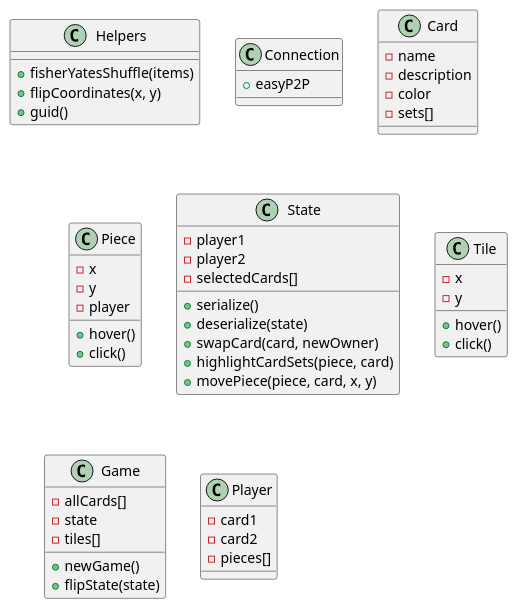
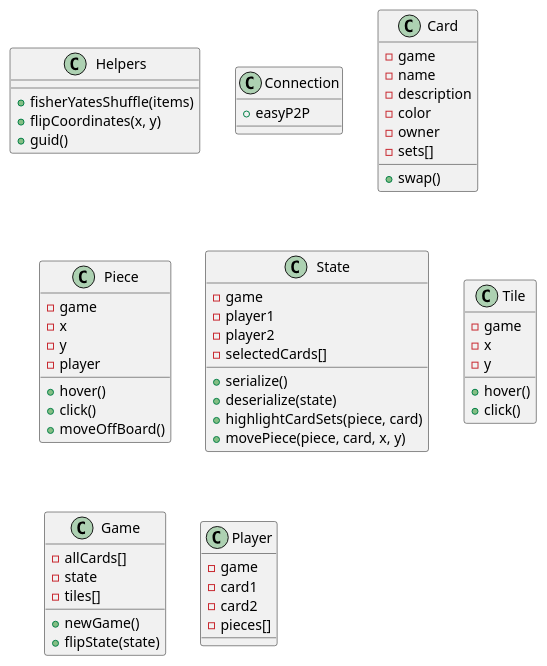
Before and after one commit to danielbeeke/onitama: the diagram in _uml/Onitama.puml, drawn with PlantUML. The commit also changed 11 other files, not shown here.

```diff
--- a/_uml/Onitama.puml
+++ b/_uml/Onitama.puml
@@ -1,60 +1,67 @@
 @startuml
 
 class Helpers {
 + fisherYatesShuffle(items)
 + flipCoordinates(x, y)
 + guid()
 }
 
 class Connection {
 + easyP2P
 }
 
 class Card {
+- game
 - name
 - description
 - color
+- owner
 - sets[]
++ swap()
 }
 
 class Piece {
+- game
 - x
 - y
 - player
 + hover()
 + click()
++ moveOffBoard()
 }
 
 class State {
+- game
 - player1
 - player2
 - selectedCards[]
 + serialize()
 + deserialize(state)
-+ swapCard(card, newOwner)
 + highlightCardSets(piece, card)
 + movePiece(piece, card, x, y)
 }
 
 class Tile {
+- game
 - x
 - y
 + hover()
 + click()
 }
 
 class Game {
 - allCards[]
 - state
 - tiles[]
 + newGame()
 + flipState(state)
 }
 
 class Player {
+- game
 - card1
 - card2
 - pieces[]
 }
 
 @enduml
```
